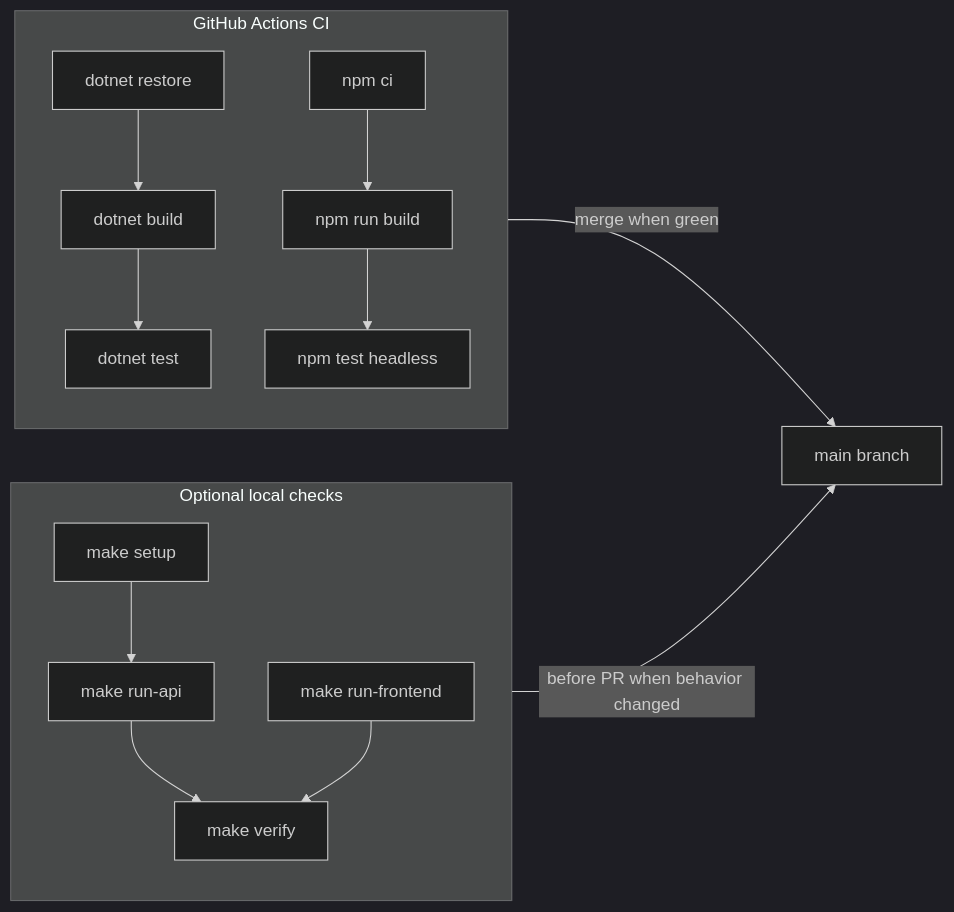
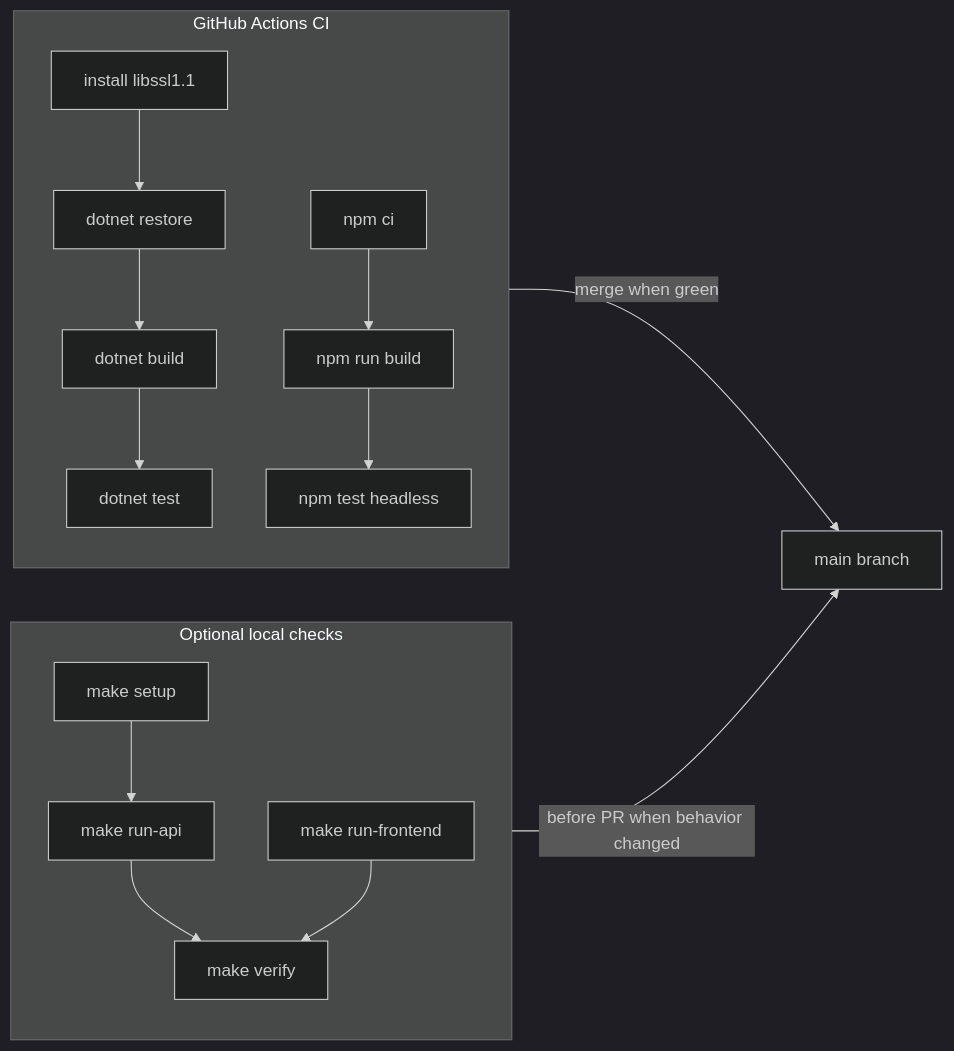
The diagram in docs/ci-and-builds.md (asalhallak/basic-user-management), drawn with Mermaid (dark theme) before and after one commit. The commit also changed other lines of this file and 2 other files, not shown here.

First line of the commit message:
docs: document libssl1.1 CI requirement and add error fallback test (#145)

````diff
--- a/docs/ci-and-builds.md
+++ b/docs/ci-and-builds.md
@@ -79,28 +96,30 @@
 ```mermaid
 flowchart LR
     subgraph ci [GitHub Actions CI]
+        LibSsl[install libssl1.1]
         Restore[dotnet restore]
         BuildApi[dotnet build]
         TestApi[dotnet test]
+        LibSsl --> Restore
         NpmCi[npm ci]
         BuildFe[npm run build]
         TestFe[npm test headless]
         Restore --> BuildApi
         BuildApi --> TestApi
         NpmCi --> BuildFe
         BuildFe --> TestFe
     end
 
     subgraph local [Optional local checks]
         Setup[make setup]
         RunApi[make run-api]
         RunFe[make run-frontend]
         Verify[make verify]
         Setup --> RunApi
         RunApi --> Verify
         RunFe --> Verify
     end
 
     ci -->|merge when green| main[main branch]
     local -->|before PR when behavior changed| main
 ```
````
